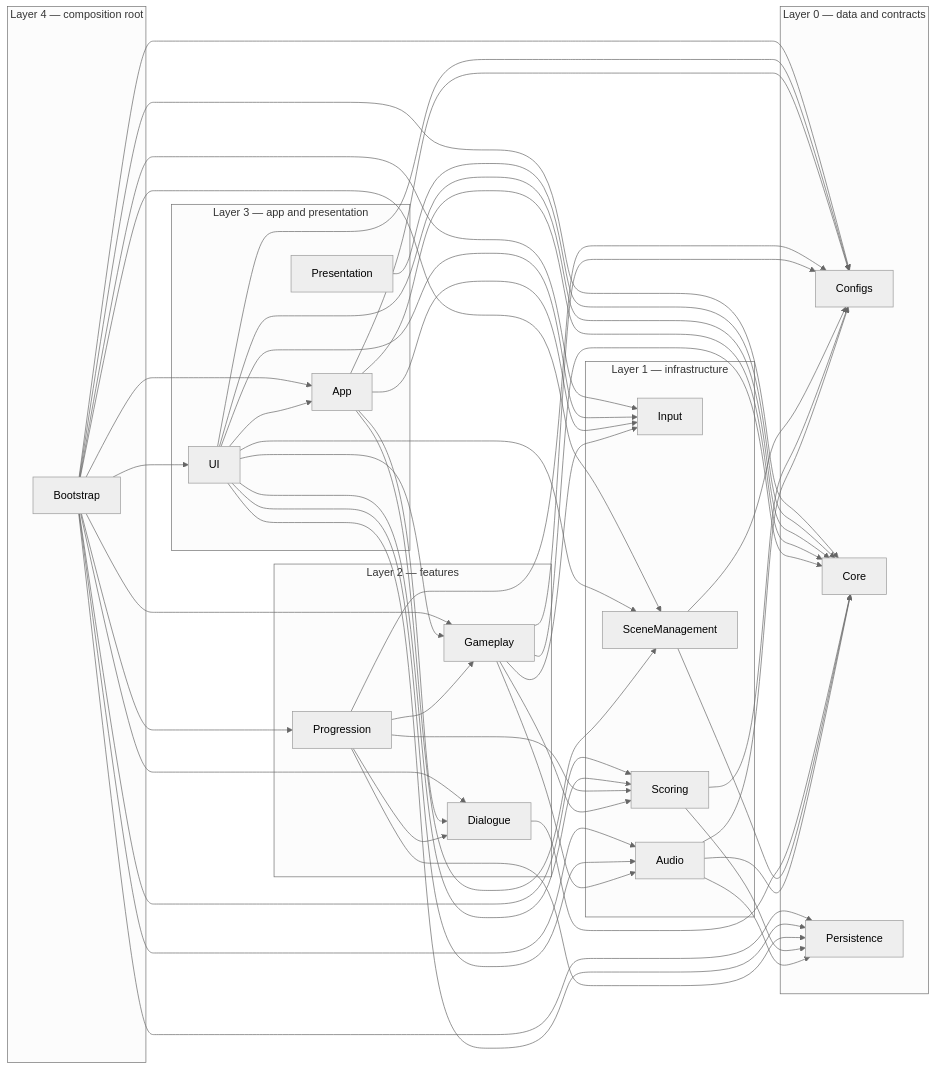
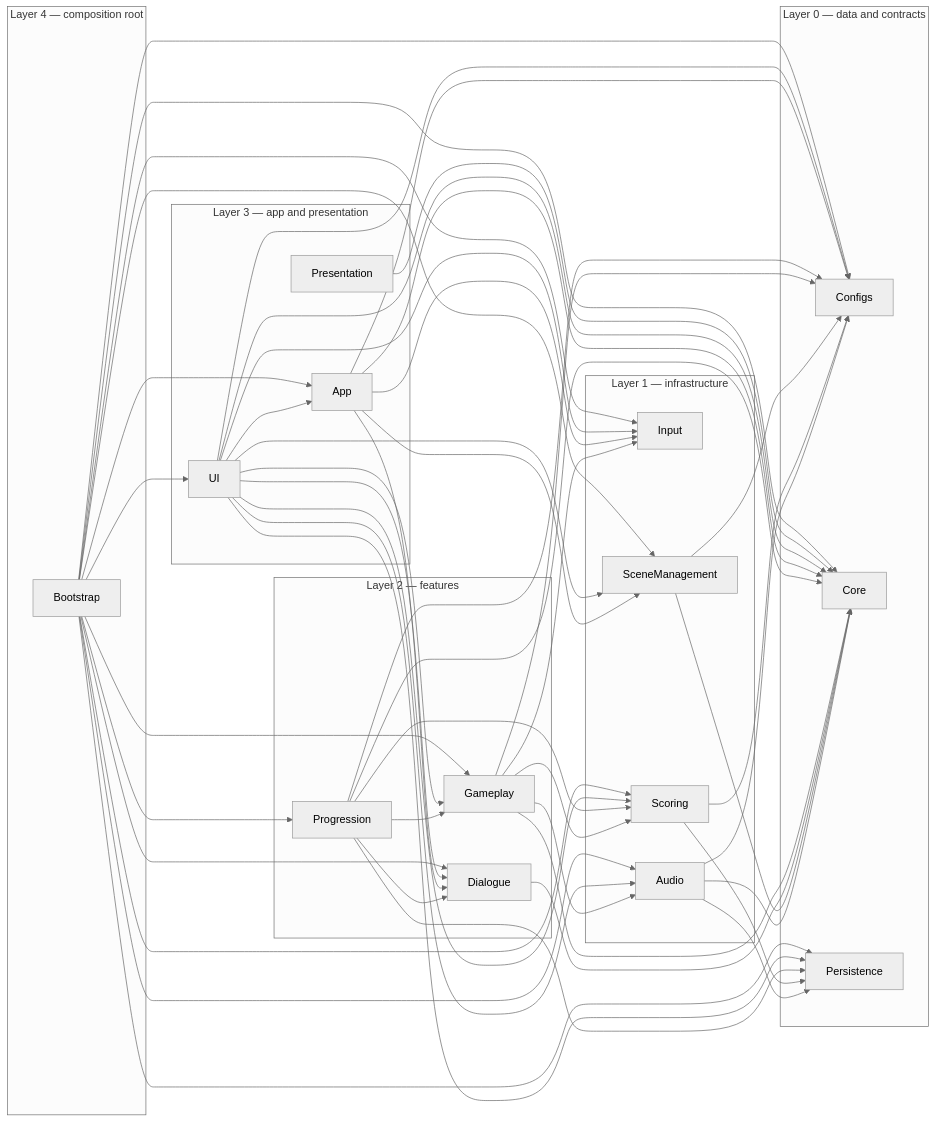
Before and after one commit to ruslanguba/DreamVille: the diagram in README.md, drawn with Mermaid (neutral theme). The commit also changed other lines of this file and 5 other files, not shown here.

````diff
--- a/README.md
+++ b/README.md
@@ -77,77 +85,79 @@
 ```mermaid
 graph LR
     subgraph L0["Layer 0 — data and contracts"]
         Configs[Configs]
         Core[Core]
         Persistence[Persistence]
     end
 
     subgraph L1["Layer 1 — infrastructure"]
         Input[Input]
         Audio[Audio]
         Scoring[Scoring]
         SceneManagement[SceneManagement]
     end
 
     subgraph L2["Layer 2 — features"]
         Gameplay[Gameplay]
         Dialogue[Dialogue]
         Progression[Progression]
     end
 
     subgraph L3["Layer 3 — app and presentation"]
         App[App]
         UI[UI]
         Presentation[Presentation]
     end
 
     subgraph L4["Layer 4 — composition root"]
         Bootstrap[Bootstrap]
     end
 
     Audio --> Configs
     Audio --> Core
     Audio --> Persistence
     Scoring --> Configs
     Scoring --> Persistence
     SceneManagement --> Core
     SceneManagement --> Configs
     Dialogue --> Core
     Gameplay --> Audio
     Gameplay --> Configs
     Gameplay --> Core
     Gameplay --> Input
     Gameplay --> Scoring
     Progression --> Configs
+    Progression --> Core
     Progression --> Dialogue
     Progression --> Gameplay
     Progression --> Persistence
     Progression --> Scoring
     App --> Configs
     App --> Core
     App --> Dialogue
     App --> Input
     App --> SceneManagement
     UI --> App
     UI --> Audio
     UI --> Configs
     UI --> Core
+    UI --> Dialogue
     UI --> Gameplay
     UI --> Input
     UI --> Persistence
     UI --> SceneManagement
     UI --> Scoring
     Presentation --> Core
     Bootstrap --> App
     Bootstrap --> Audio
     Bootstrap --> Configs
     Bootstrap --> Core
     Bootstrap --> Dialogue
     Bootstrap --> Gameplay
     Bootstrap --> Input
     Bootstrap --> Persistence
     Bootstrap --> Progression
     Bootstrap --> SceneManagement
     Bootstrap --> Scoring
     Bootstrap --> UI
 ```
````
